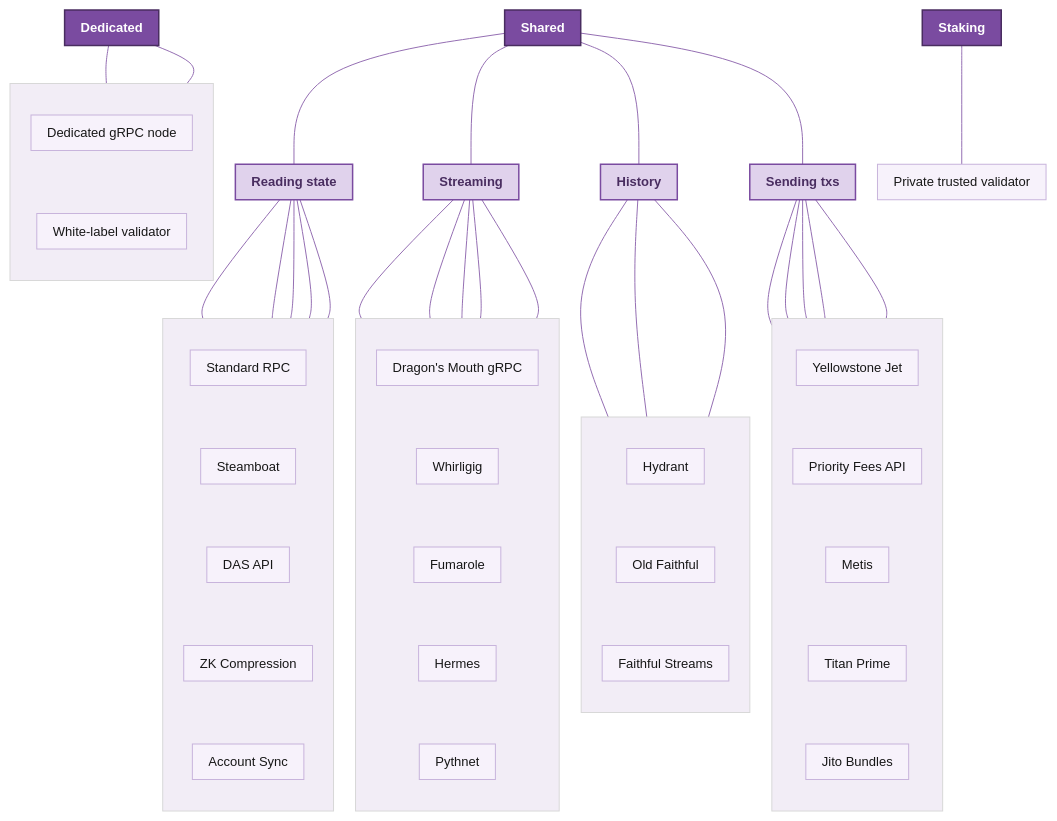
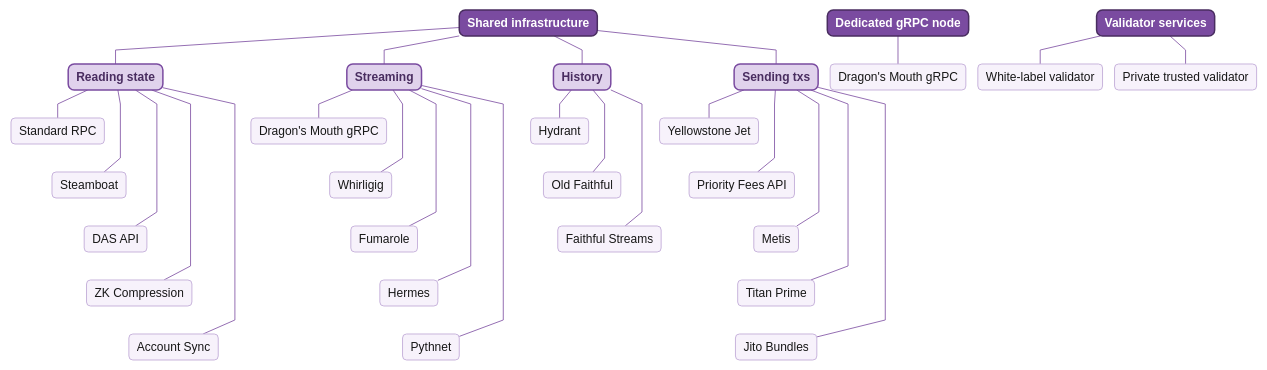
The diagram in solana/welcome.mdx (kshyndina/docs), drawn with Mermaid before and after one commit. The commit also changed other lines of this file and 4 other files, not shown here.

````diff
--- a/solana/welcome.mdx
+++ b/solana/welcome.mdx
@@ -135,72 +139,29 @@
 ```mermaid
-%%{init: {'theme':'base','themeVariables':{'fontFamily':'Work Sans','fontSize':'13px','primaryColor':'#7A4BA0','primaryBorderColor':'#492D60','primaryTextColor':'#FFFFFF','lineColor':'#956FB3','tertiaryColor':'#F2EDF6'},'flowchart':{'nodeSpacing':22,'rankSpacing':38,'padding':8,'curve':'basis'}}}%%
+%%{init: {'theme':'base','themeVariables':{'fontFamily':'Work Sans','fontSize':'12px','primaryColor':'#7A4BA0','primaryBorderColor':'#492D60','primaryTextColor':'#FFFFFF','lineColor':'#956FB3','tertiaryColor':'#F2EDF6'},'flowchart':{'nodeSpacing':12,'rankSpacing':28,'padding':4,'curve':'linear'}}}%%
 flowchart TB
-  SHARED["Shared"]
-  DEDI["Dedicated"]
-  STAKE["Staking"]
+    SHARED["Shared infrastructure"] --- READ["Reading state"] & STREAM["Streaming"] & HIST["History"] & SEND["Sending txs"]
 
-  SHARED --- READ["Reading state"]
-  SHARED --- STREAM["Streaming"]
-  SHARED --- HIST["History"]
-  SHARED --- SEND["Sending txs"]
+    R1["Standard RPC"] ~~~ R2["Steamboat"] ~~~ R3["DAS API"] ~~~ R4["ZK Compression"] ~~~ R5["Account Sync"]
+    READ --- R1 & R2 & R3 & R4 & R5
 
-  subgraph READ_LEAVES [ ]
-    direction TB
-    R1["Standard RPC"]
-    R2["Steamboat"]
-    R3["DAS API"]
-    R4["ZK Compression"]
-    R5["Account Sync"]
-    R1 ~~~ R2 ~~~ R3 ~~~ R4 ~~~ R5
-  end
-  READ --- R1 & R2 & R3 & R4 & R5
+    S1["Dragon's Mouth gRPC"] ~~~ S2["Whirligig"] ~~~ S3["Fumarole"] ~~~ S4["Hermes"] ~~~ S5["Pythnet"]
+    STREAM --- S1 & S2 & S3 & S4 & S5
 
-  subgraph STREAM_LEAVES [ ]
-    direction TB
-    S1["Dragon's Mouth gRPC"]
-    S2["Whirligig"]
-    S3["Fumarole"]
-    S4["Hermes"]
-    S5["Pythnet"]
-    S1 ~~~ S2 ~~~ S3 ~~~ S4 ~~~ S5
-  end
-  STREAM --- S1 & S2 & S3 & S4 & S5
+    H1["Hydrant"] ~~~ H2["Old Faithful"] ~~~ H3["Faithful Streams"]
+    HIST --- H1 & H2 & H3
 
-  subgraph HIST_LEAVES [ ]
-    direction TB
-    H1["Hydrant"]
-    H2["Old Faithful"]
-    H3["Faithful Streams"]
-    H1 ~~~ H2 ~~~ H3
-  end
-  HIST --- H1 & H2 & H3
+    T1["Yellowstone Jet"] ~~~ T2["Priority Fees API"] ~~~ T3["Metis"] ~~~ T4["Titan Prime"] ~~~ T5["Jito Bundles"]
+    SEND --- T1 & T2 & T3 & T4 & T5
 
-  subgraph SEND_LEAVES [ ]
-    direction TB
-    T1["Yellowstone Jet"]
-    T2["Priority Fees API"]
-    T3["Metis"]
-    T4["Titan Prime"]
-    T5["Jito Bundles"]
-    T1 ~~~ T2 ~~~ T3 ~~~ T4 ~~~ T5
-  end
-  SEND --- T1 & T2 & T3 & T4 & T5
+    DEDI["Dedicated gRPC node"] --- DG["Dragon's Mouth gRPC"]
 
-  subgraph DEDI_LEAVES [ ]
-    direction TB
-    D1["Dedicated gRPC node"]
-    D2["White-label validator"]
-    D1 ~~~ D2
-  end
-  DEDI --- D1 & D2
+    VAL["Validator services"] --- V1["White-label validator"] & V2["Private trusted validator"]
 
-  STAKE --- K1["Private trusted validator"]
+    classDef pillar fill:#7A4BA0,stroke:#492D60,stroke-width:1.5px,color:#FFFFFF,font-weight:700,rx:6,ry:6
+    classDef branch fill:#E0D2EC,stroke:#7A4BA0,stroke-width:1.5px,color:#492D60,font-weight:600,rx:6,ry:6
+    classDef leaf fill:#F7F2FB,stroke:#C8B4DC,stroke-width:1px,color:#171717,font-weight:500,rx:4,ry:4
 
-  classDef pillar fill:#7A4BA0,stroke:#492D60,stroke-width:1.5px,color:#FFFFFF,font-weight:700;
-  classDef branch fill:#E0D2EC,stroke:#7A4BA0,stroke-width:1.5px,color:#492D60,font-weight:600;
-  classDef leaf fill:#F7F2FB,stroke:#C8B4DC,stroke-width:1px,color:#171717,font-weight:500;
-
-  class SHARED,DEDI,STAKE pillar;
-  class READ,STREAM,HIST,SEND branch;
-  class R1,R2,R3,R4,R5,S1,S2,S3,S4,S5,H1,H2,H3,T1,T2,T3,T4,T5,D1,D2,K1 leaf;
+    class SHARED,DEDI,VAL pillar
+    class READ,STREAM,HIST,SEND branch
+    class R1,R2,R3,R4,R5,S1,S2,S3,S4,S5,H1,H2,H3,T1,T2,T3,T4,T5,DG,V1,V2 leaf
 ```
````
